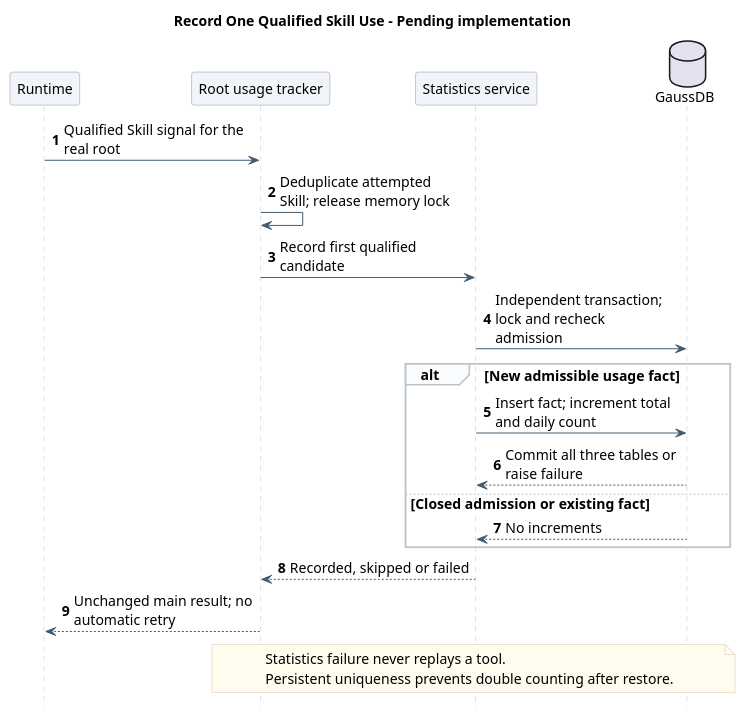
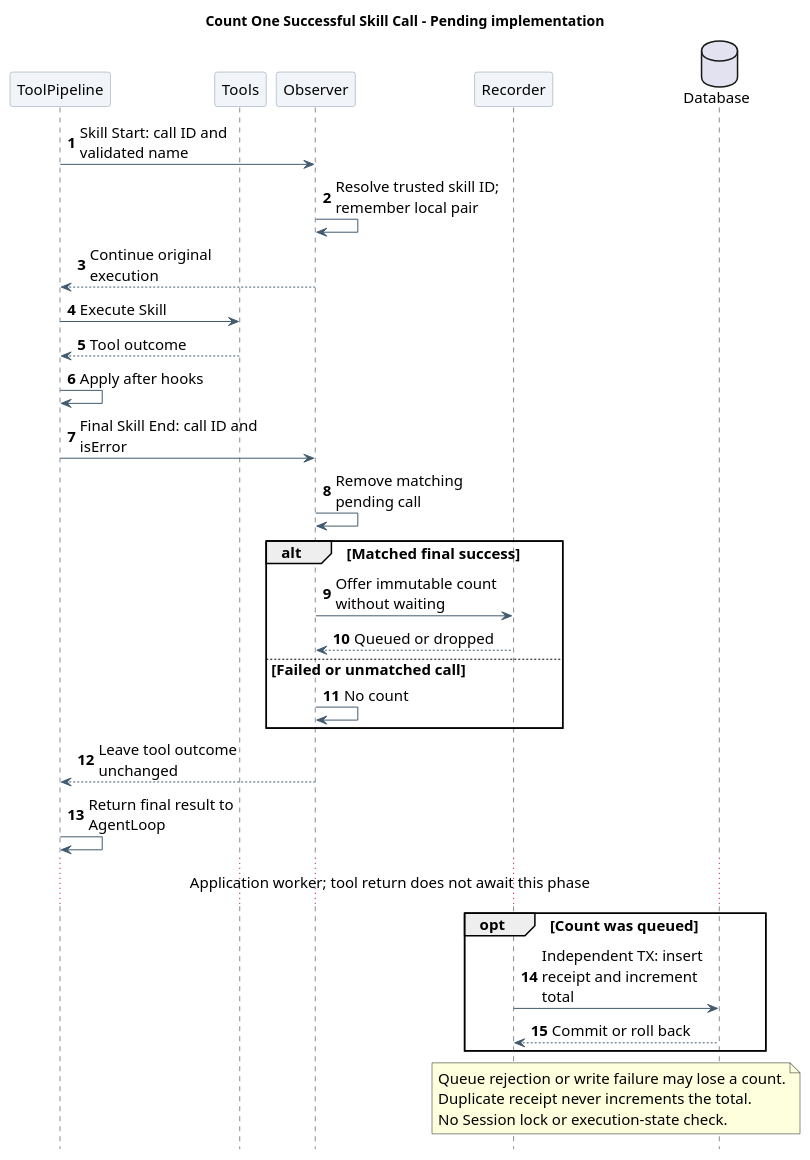
Before and after one commit to ssm0808/pi-mono-java-design: the second of 2 diagrams in 04-命令与技能/03-Skill加载统计/diagram.puml, drawn with PlantUML. The commit also changed other lines of this file and 14 other files, not shown here.

```diff
--- a/04-命令与技能/03-Skill加载统计/diagram.puml
+++ b/04-命令与技能/03-Skill加载统计/diagram.puml
@@ -95,47 +98,54 @@
 @startuml skill_usage_record
-' Source evidence: Java f61906b9136246ca60f333704b6fc92b5420d0ec modules/coding-agent-cli/src/main/java/com/campusclaw/codingagent/runtimeapi/event/RuntimeMessageEventService.java startAccepted
-' Source evidence: modules/agent-core/src/main/java/com/campusclaw/agent/tool/ToolExecutionPipeline.java execute/applyAfterHook
-' Source evidence: Codex d58d0e5841e0de08e251673db2d5af8cf3a1ad51 codex-rs/analytics/src/client.rs AnalyticsEventsQueue.try_send
-' Observed behavior: hook failures can become tool failures; Codex analytics can drop signals.
-' Design reason: catch outside the statistics transaction and retain one fact per root and Skill.
-' Java divergence: bounded synchronous recording is pending implementation, not the Codex queue pipeline.
-' Presentation: one responsibility-level scenario; implementation details remain in the linked document.
+' Source evidence: Java dad4433d38fcb4104bd8d093f844ea2afc9612ee
+' modules/agent-core/src/main/java/com/campusclaw/agent/tool/ToolExecutionPipeline.java execute
+' modules/agent-core/src/main/java/com/campusclaw/agent/loop/AgentLoop.java runInternal
+' modules/coding-agent-cli/src/main/java/com/campusclaw/codingagent/skill/usage/SkillUsageTracker.java skill/record
+' Source evidence: pi main 42a3497d03ad17e308a2299fa824727894f2c0ec packages/agent/src/agent-loop.ts finalizeExecutedToolCall/emitToolExecutionEnd
+' Observed behavior: final End follows after-hook processing; Java emits listeners synchronously.
+' Design reason: final success selects a count, bounded delivery separates tool completion from JDBC completion.
+' Presentation: execution and observation stage only; trusted resolution, validation and authorization have already completed.
+' Java divergence: bounded recorder and independent minimal receipt are Pending implementation.
+title Count One Successful Skill Call - Pending implementation
 skinparam backgroundColor white
+skinparam shadowing false
 skinparam defaultFontName SansSerif
-skinparam defaultFontSize 14
-skinparam shadowing false
+skinparam defaultFontSize 15
 skinparam sequenceMessageAlign left
-skinparam maxMessageSize 180
-skinparam sequenceArrowColor #425B70
-skinparam sequenceLifeLineBorderColor #BAC4CC
+skinparam maxMessageSize 190
 skinparam sequenceParticipantBackgroundColor #F1F5F9
 skinparam sequenceParticipantBorderColor #8496A4
-skinparam sequenceGroupBackgroundColor #FAFBFC
-skinparam sequenceGroupBorderColor #BAC4CC
-skinparam noteBackgroundColor #FFFBEF
-skinparam noteBorderColor #D2C6A5
+skinparam sequenceArrowColor #425B70
 hide footbox
 autonumber
-
-title Record One Qualified Skill Use - Pending implementation
-participant "Runtime" as Runtime
-participant "Root usage tracker" as Tracker
-participant "Statistics service" as Service
-database GaussDB as DB
-Runtime -> Tracker : Qualified Skill signal for the real root
-Tracker -> Tracker : Deduplicate attempted Skill; release memory lock
-Tracker -> Service : Record first qualified candidate
-Service -> DB : Independent transaction; lock and recheck admission
-alt New admissible usage fact
-  Service -> DB : Insert fact; increment total and daily count
-  DB --> Service : Commit all three tables or raise failure
-else Closed admission or existing fact
-  DB --> Service : No increments
+participant ToolPipeline as Pipeline
+participant Tools
+participant Observer
+participant Recorder
+database Database as DB
+Pipeline -> Observer : Skill Start: call ID and validated name
+Observer -> Observer : Resolve trusted skill ID; remember local pair
+Observer --> Pipeline : Continue original execution
+Pipeline -> Tools : Execute Skill
+Tools --> Pipeline : Tool outcome
+Pipeline -> Pipeline : Apply after hooks
+Pipeline -> Observer : Final Skill End: call ID and isError
+Observer -> Observer : Remove matching pending call
+alt Matched final success
+  Observer -> Recorder : Offer immutable count without waiting
+  Recorder --> Observer : Queued or dropped
+else Failed or unmatched call
+  Observer -> Observer : No count
 end
-Service --> Tracker : Recorded, skipped or failed
-Tracker --> Runtime : Unchanged main result; no automatic retry
-note over Tracker,DB
-  Statistics failure never replays a tool.
-  Persistent uniqueness prevents double counting after restore.
+Observer --> Pipeline : Leave tool outcome unchanged
+Pipeline -> Pipeline : Return final result to AgentLoop
+... Application worker; tool return does not await this phase ...
+opt Count was queued
+  Recorder -> DB : Independent TX: insert receipt and increment total
+  DB --> Recorder : Commit or roll back
+end
+note over Recorder,DB
+  Queue rejection or write failure may lose a count.
+  Duplicate receipt never increments the total.
+  No Session lock or execution-state check.
 end note
 @enduml
```
